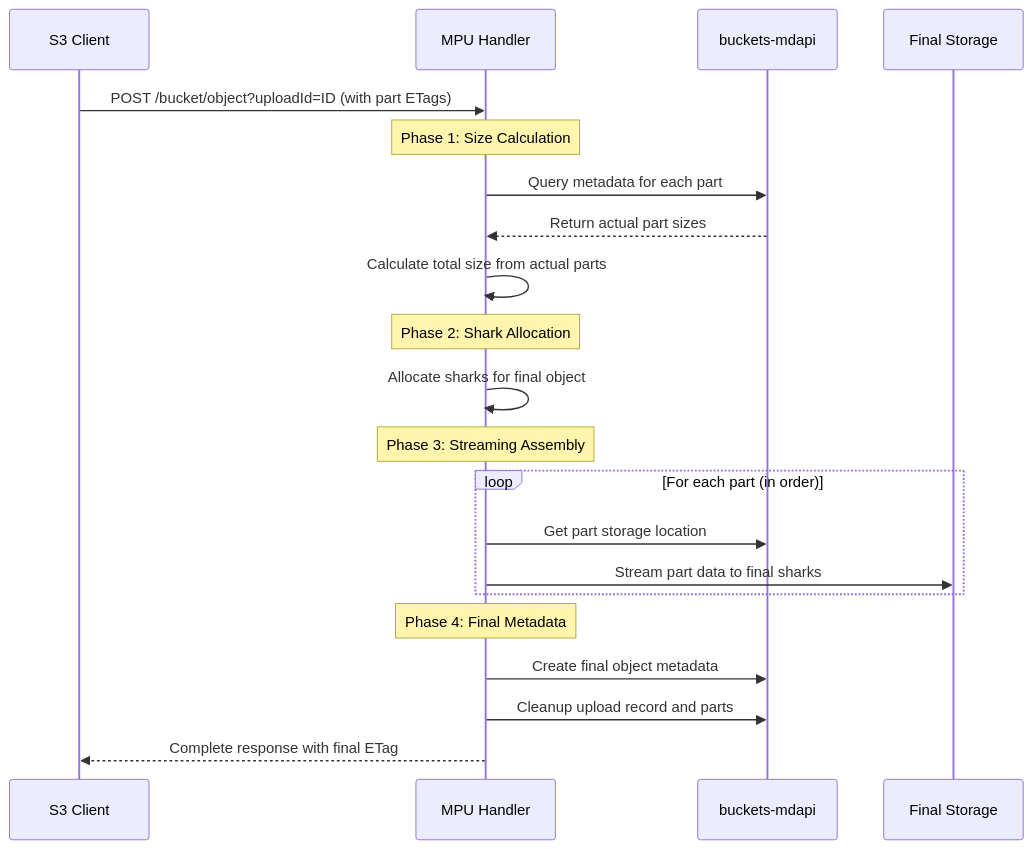
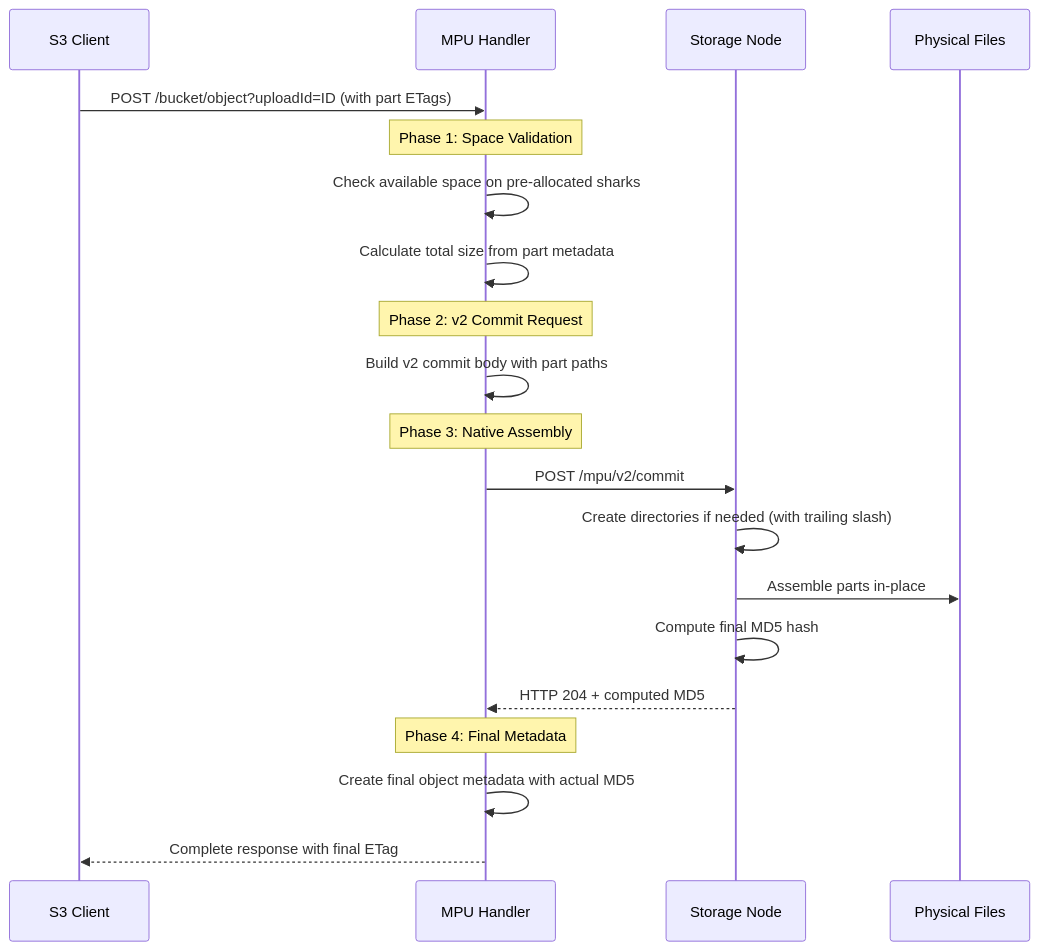
One commit to TritonDataCenter/manta-buckets-api changed the sixth of 8 diagrams in docs/mpu.md. Above: the diagram before and after it, drawn with Mermaid. The commit also changed other lines of this file and 1 other file, not shown here.

Commit message:
only do v2 commit assembly on mpu, remove fallback

````diff
--- a/docs/mpu.md
+++ b/docs/mpu.md
@@ -430,28 +443,27 @@
 ```mermaid
 sequenceDiagram
     participant Client as S3 Client
     participant API as MPU Handler
-    participant MDAPI as buckets-mdapi
-    participant SHARKS as Final Storage
+    participant NGINX as Storage Node
+    participant STORAGE as Physical Files
     
     Client->>API: POST /bucket/object?uploadId=ID (with part ETags)
     
-    Note over API: Phase 1: Size Calculation
-    API->>MDAPI: Query metadata for each part
-    MDAPI-->>API: Return actual part sizes
-    API->>API: Calculate total size from actual parts
+    Note over API: Phase 1: Space Validation
+    API->>API: Check available space on pre-allocated sharks
+    API->>API: Calculate total size from part metadata
     
-    Note over API: Phase 2: Shark Allocation  
-    API->>API: Allocate sharks for final object
+    Note over API: Phase 2: v2 Commit Request  
+    API->>API: Build v2 commit body with part paths
     
-    Note over API: Phase 3: Streaming Assembly
-    loop For each part (in order)
-        API->>MDAPI: Get part storage location
-        API->>SHARKS: Stream part data to final sharks
-    end
+    Note over API: Phase 3: Native Assembly
+    API->>NGINX: POST /mpu/v2/commit
+    NGINX->>NGINX: Create directories if needed (with trailing slash)
+    NGINX->>STORAGE: Assemble parts in-place
+    NGINX->>NGINX: Compute final MD5 hash
+    NGINX-->>API: HTTP 204 + computed MD5
     
     Note over API: Phase 4: Final Metadata
-    API->>MDAPI: Create final object metadata
-    API->>MDAPI: Cleanup upload record and parts
+    API->>API: Create final object metadata with actual MD5
     API-->>Client: Complete response with final ETag
 ```
````
